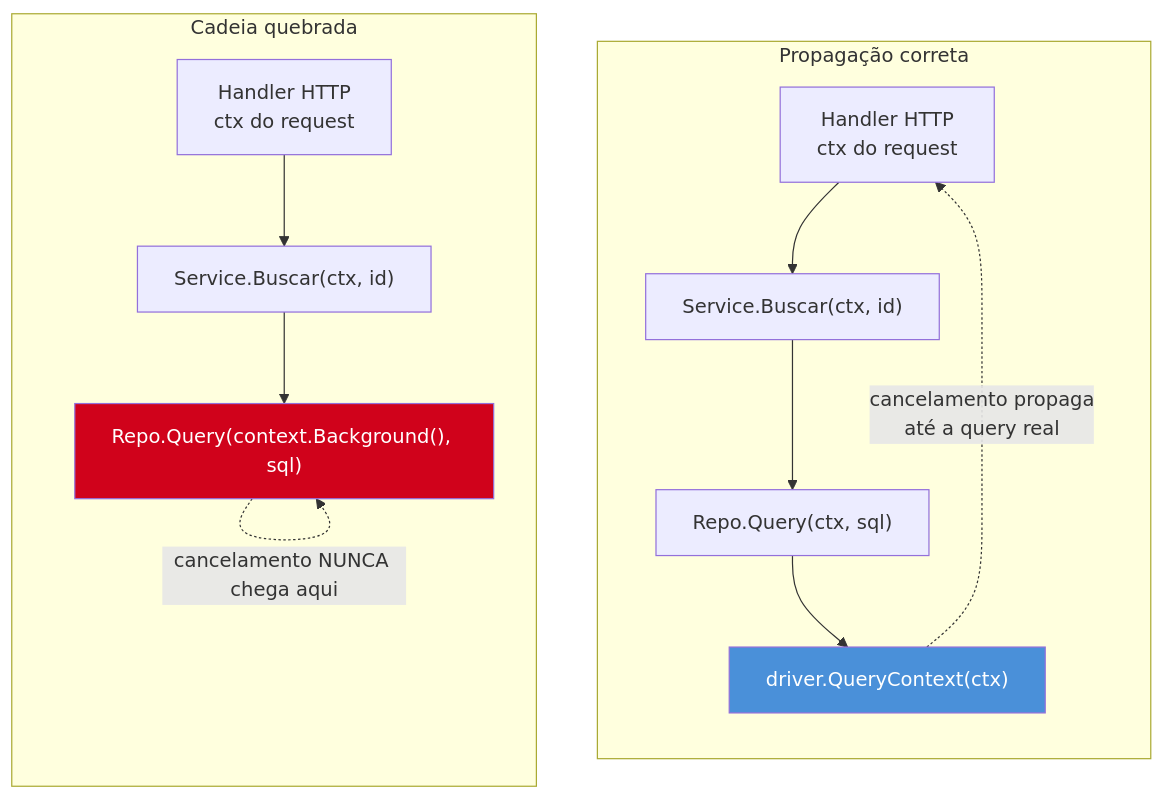
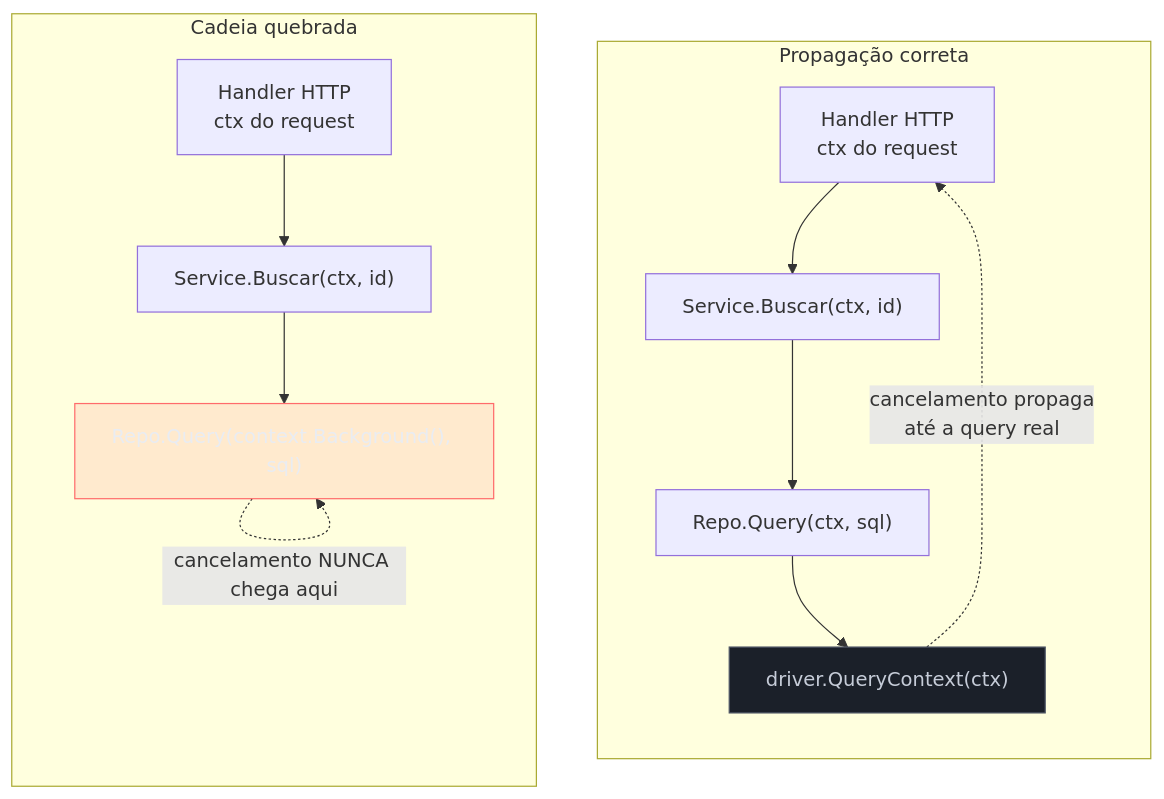
One commit to josenaldo/codex-technomanticus changed the first of 4 diagrams in 03-Dominios/Tecnologia/Go/09 - Sincronização e context/07 - Padrões de cancelamento e timeout.md. Above: the diagram before and after it, drawn with Mermaid. The commit also changed other lines of this file and 1181 other files, not shown here.

First line of the commit message:
fix(diagramas): paleta do sistema no lugar de cor cravada no markdown

````diff
--- a/03-Dominios/Tecnologia/Go/09 - Sincronização e context/07 - Padrões de cancelamento e timeout.md
+++ b/03-Dominios/Tecnologia/Go/09 - Sincronização e context/07 - Padrões de cancelamento e timeout.md
@@ -48,19 +48,21 @@
 ```mermaid
 flowchart TB
+    classDef neutro fill:#1B2029,stroke:#4E5666,color:#C6CCD8
+    classDef falha fill:#FF6B6B24,stroke:#FF6B6B,color:#E9ECF2
     subgraph Certo["Propagação correta"]
         direction TB
         A1["Handler HTTP\nctx do request"] --> A2["Service.Buscar(ctx, id)"]
         A2 --> A3["Repo.Query(ctx, sql)"]
         A3 --> A4["driver.QueryContext(ctx)"]
         A4 -.->|"cancelamento propaga\naté a query real"| A1
     end
     subgraph Errado["Cadeia quebrada"]
         direction TB
         B1["Handler HTTP\nctx do request"] --> B2["Service.Buscar(ctx, id)"]
         B2 --> B3["Repo.Query(context.Background(), sql)"]
         B3 -.->|"cancelamento NUNCA chega aqui"| B3
     end
 
-    style A4 fill:#4A90D9,color:#fff
-    style B3 fill:#D0021B,color:#fff
+    class A4 neutro
+    class B3 falha
 ```
````
